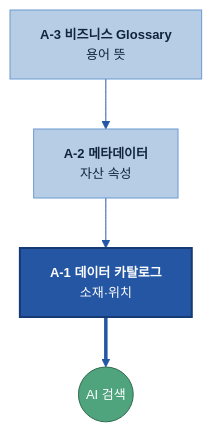
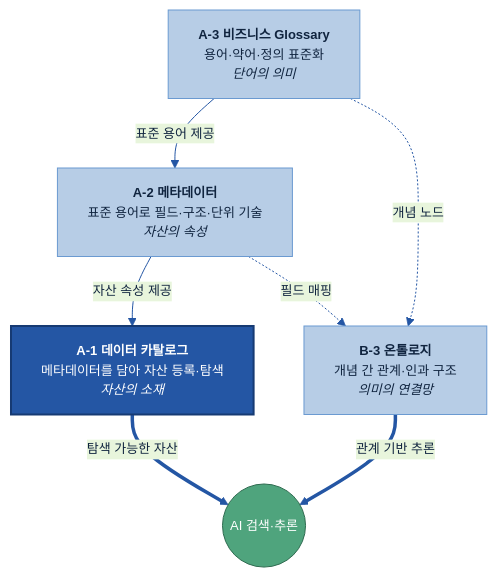
One commit to jin-kearney/ai-ready-data-manual changed the second of 7 diagrams in 전체 목차/00 전체 목차 (20개 주제).md. Above: the diagram before and after it, drawn with Mermaid. The commit also changed other lines of this file and 1 other file, not shown here.

````diff
--- a/전체 목차/00 전체 목차 (20개 주제).md
+++ b/전체 목차/00 전체 목차 (20개 주제).md
@@ -92,9 +79,19 @@
 ```mermaid
 %%{init: {'theme':'base','themeVariables':{'primaryColor':'#DCE8F5','primaryBorderColor':'#2456A4','primaryTextColor':'#10243f','lineColor':'#2456A4','fontSize':'13px'}}}%%
 flowchart TB
-    GLO["<b>A-3 비즈니스 Glossary</b><br/>용어 뜻"]:::n --> META["<b>A-2 메타데이터</b><br/>자산 속성"]:::n --> CAT["<b>A-1 데이터 카탈로그</b><br/>소재·위치"]:::cat
-    CAT ==> AI(("AI 검색")):::ai
+    GLO["<b>A-3 비즈니스 Glossary</b><br/>용어·약어·정의 표준화<br/><i>단어의 의미</i>"]:::n
+    META["<b>A-2 메타데이터</b><br/>표준 용어로 필드·구조·단위 기술<br/><i>자산의 속성</i>"]:::n
+    CAT["<b>A-1 데이터 카탈로그</b><br/>메타데이터를 담아 자산 등록·탐색<br/><i>자산의 소재</i>"]:::cat
+    ONT["<b>B-3 온톨로지</b><br/>개념 간 관계·인과 구조<br/><i>의미의 연결망</i>"]:::n
+
+    GLO -->|"표준 용어 제공"| META
+    META -->|"자산 속성 제공"| CAT
+    GLO -.->|"개념 노드"| ONT
+    META -.->|"필드 매핑"| ONT
+    CAT ==>|"탐색 가능한 자산"| AI(("AI 검색·추론")):::ai
+    ONT ==>|"관계 기반 추론"| AI
+
     classDef n fill:#B7CDE6,stroke:#6B9AD1,color:#10243f;
     classDef cat fill:#2456A4,color:#fff,stroke:#163a73,stroke-width:2px;
     classDef ai fill:#4FA47D,stroke:#2f6b50,color:#fff;
 ```
````
